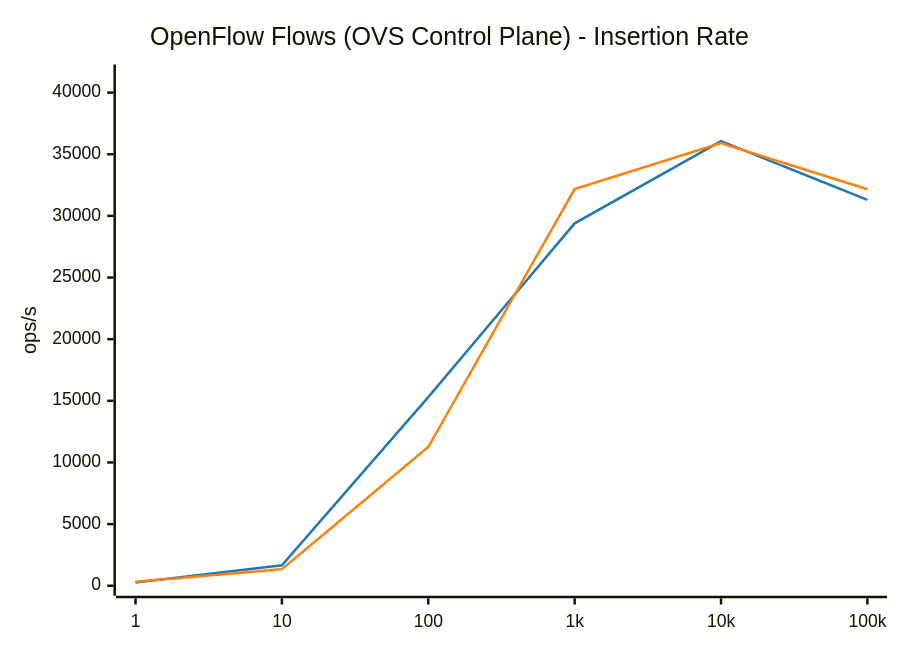
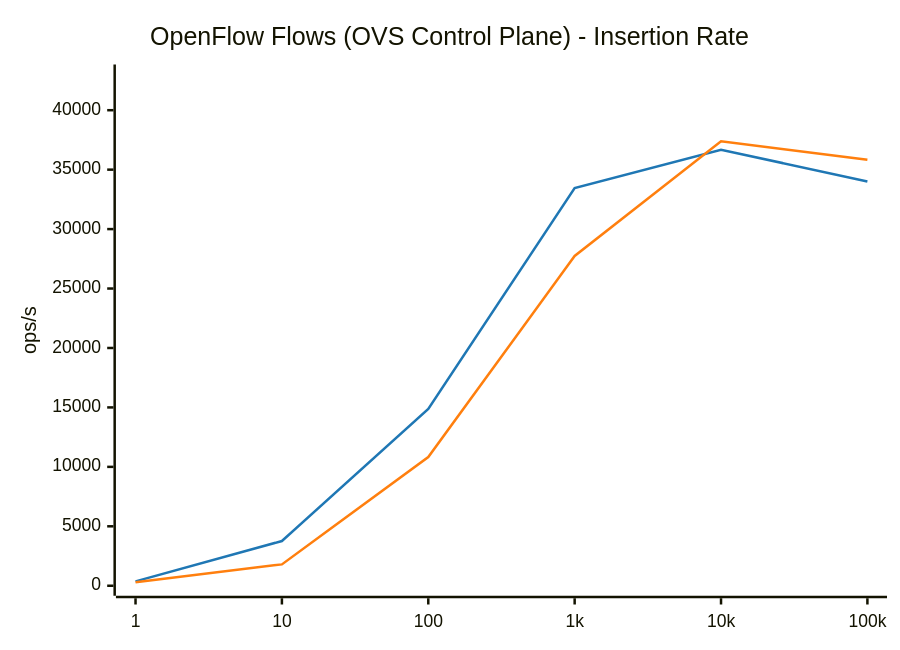
Diagram 11 of 16 in results/BENCHMARK_REPORT.md (LionelJouin/ovs-ovn-bench), drawn with Mermaid before and after one commit. The commit also changed other lines of this file and 1 other file, not shown here.

````diff
--- a/results/BENCHMARK_REPORT.md
+++ b/results/BENCHMARK_REPORT.md
@@ -557,14 +557,14 @@
 ```mermaid
 ---
 config:
     themeVariables:
         xyChart:
             plotColorPalette: "#1f77b4, #ff7f0e"
 ---
 xychart-beta
     title "OpenFlow Flows (OVS Control Plane) - Insertion Rate"
     x-axis ["1", "10", "100", "1k", "10k", "100k"]
-    y-axis "ops/s" 0 --> 41468
-    line "glibc malloc" [262.4, 1657.0, 15304.6, 29394.5, 36058.4, 31292.2]
-    line "jemalloc" [323.9, 1345.4, 11251.1, 32178.1, 35904.2, 32158.5]
+    y-axis "ops/s" 0 --> 43003
+    line "glibc malloc" [368.3, 3762.2, 14863.3, 33453.8, 36676.5, 34007.0]
+    line "jemalloc" [285.6, 1796.9, 10830.7, 27740.0, 37393.5, 35830.6]
 ```
````
